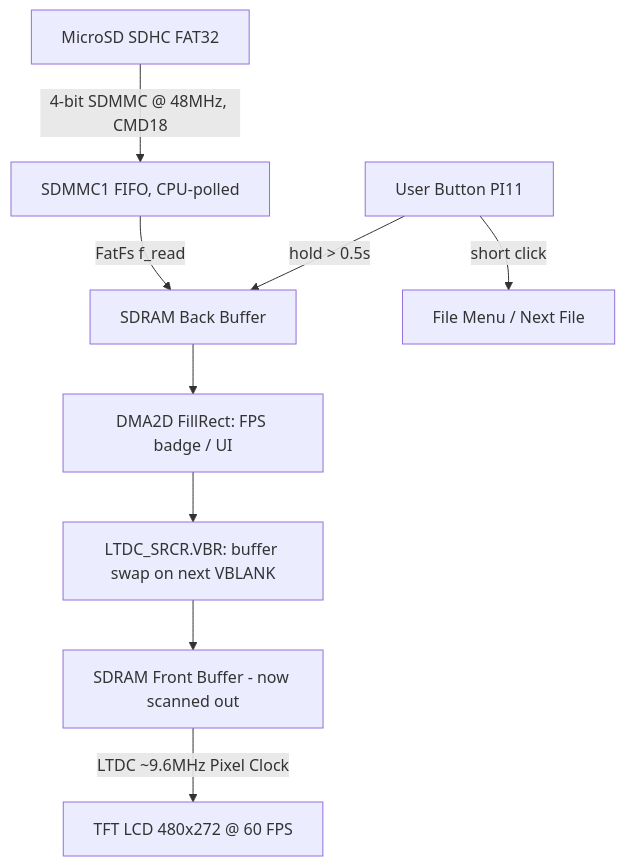
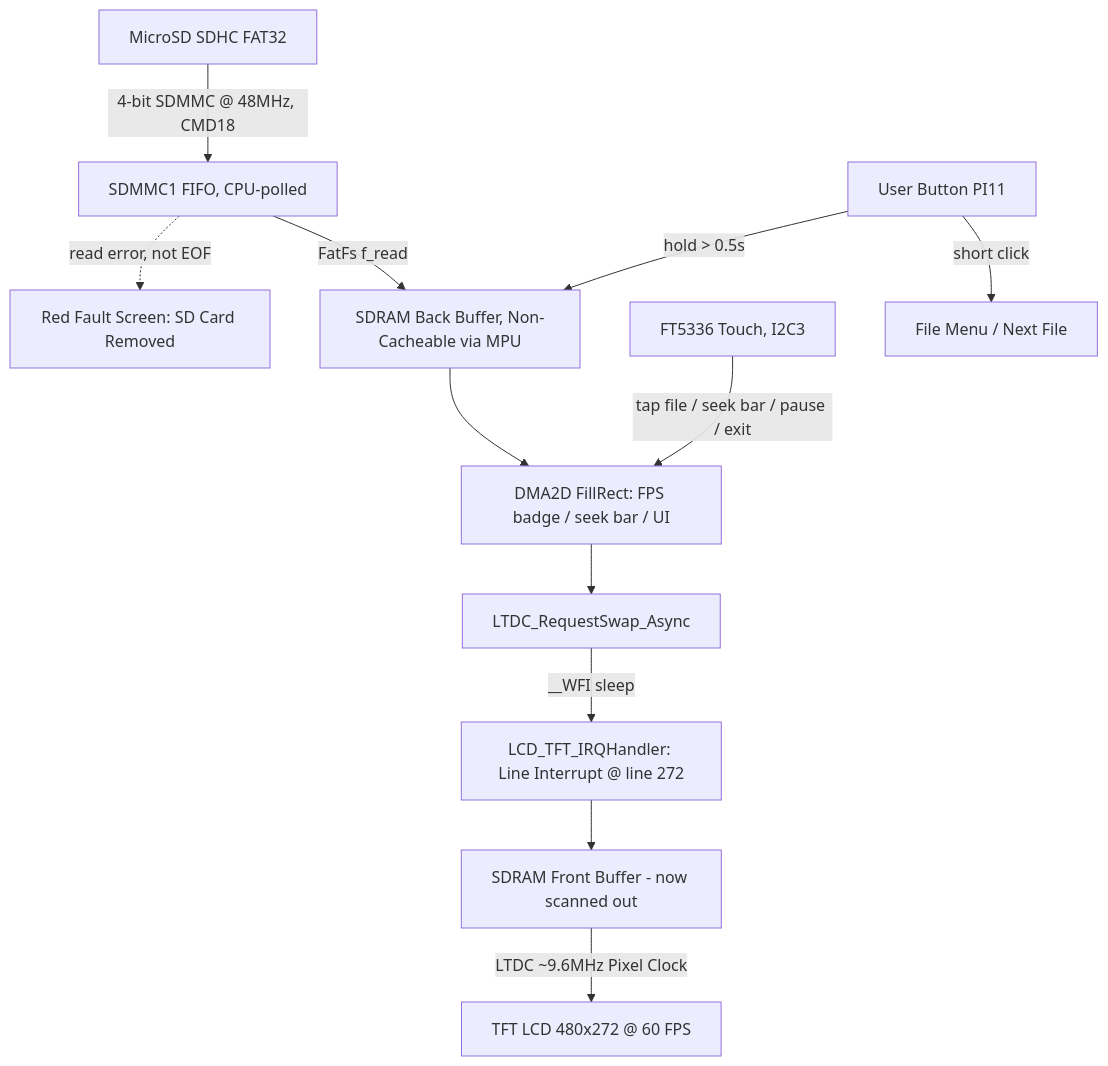
The diagram in README.md (HuynhTran112/stm32f7-baremetal-tft-sdhc), drawn with Mermaid before and after one commit. The commit also changed other lines of this file, not shown here.

````diff
--- a/README.md
+++ b/README.md
@@ -101,14 +109,16 @@
 ```mermaid
 flowchart TD
     SDCard[MicroSD SDHC FAT32] -->|4-bit SDMMC @ 48MHz, CMD18| FIFO[SDMMC1 FIFO, CPU-polled]
-    FIFO -->|FatFs f_read| BackBuffer[SDRAM Back Buffer]
+    FIFO -->|FatFs f_read| BackBuffer[SDRAM Back Buffer, Non-Cacheable via MPU]
+    FIFO -.->|read error, not EOF| FaultScreen[Red Fault Screen: SD Card Removed]
 
-    BackBuffer --> Overlay[DMA2D FillRect: FPS badge / UI]
-    Overlay --> VBR[LTDC_SRCR.VBR: buffer swap on next VBLANK]
-
-    VBR --> FrontBuffer[SDRAM Front Buffer - now scanned out]
+    BackBuffer --> Overlay[DMA2D FillRect: FPS badge / seek bar / UI]
+    Overlay --> Req[LTDC_RequestSwap_Async]
+    Req -->|__WFI sleep| ISR[LCD_TFT_IRQHandler: Line Interrupt @ line 272]
+    ISR --> FrontBuffer[SDRAM Front Buffer - now scanned out]
     FrontBuffer -->|LTDC ~9.6MHz Pixel Clock| LCD[TFT LCD 480x272 @ 60 FPS]
 
+    Touch[FT5336 Touch, I2C3] -->|tap file / seek bar / pause / exit| Overlay
     Button[User Button PI11] -->|short click| Menu[File Menu / Next File]
     Button -->|hold > 0.5s| BackBuffer
 ```
````
